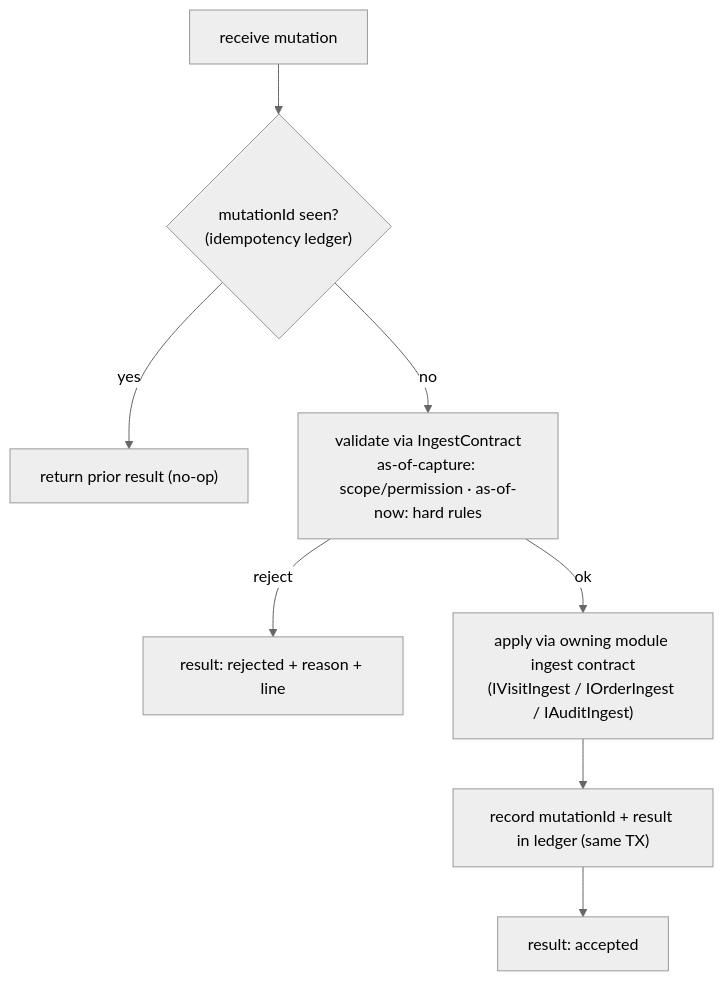
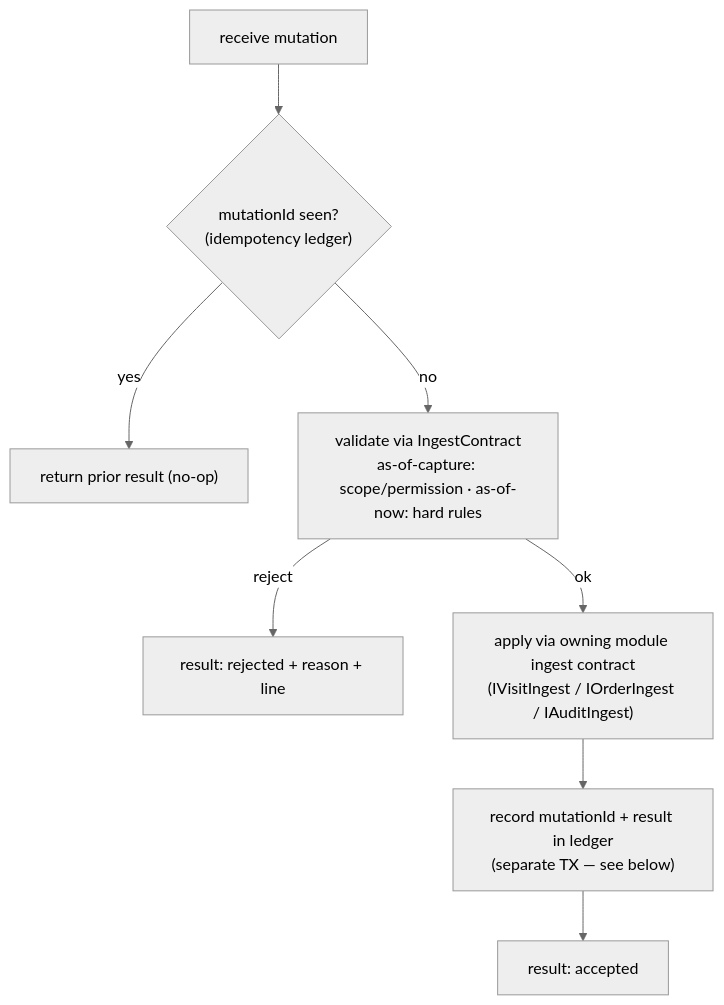
One commit to Tibirot/FieldKit changed the second of 3 diagrams in docs/architecture/12-offline-sync-engine.md. Above: the diagram before and after it, drawn with Mermaid (neutral theme). The commit also changed other lines of this file and 20 other files, not shown here.

````diff
--- a/docs/architecture/12-offline-sync-engine.md
+++ b/docs/architecture/12-offline-sync-engine.md
@@ -147,10 +151,10 @@
 ```mermaid
 flowchart TB
   a["receive mutation"] --> b{"mutationId seen?<br/>(idempotency ledger)"}
   b -- yes --> r1["return prior result (no-op)"]
   b -- no --> c["validate via IngestContract<br/>as-of-capture: scope/permission · as-of-now: hard rules"]
   c -- reject --> r2["result: rejected + reason + line"]
   c -- ok --> d["apply via owning module ingest contract<br/>(IVisitIngest / IOrderIngest / IAuditIngest)"]
-  d --> e["record mutationId + result in ledger (same TX)"]
+  d --> e["record mutationId + result in ledger<br/>(separate TX — see below)"]
   e --> r3["result: accepted"]
 ```
````
